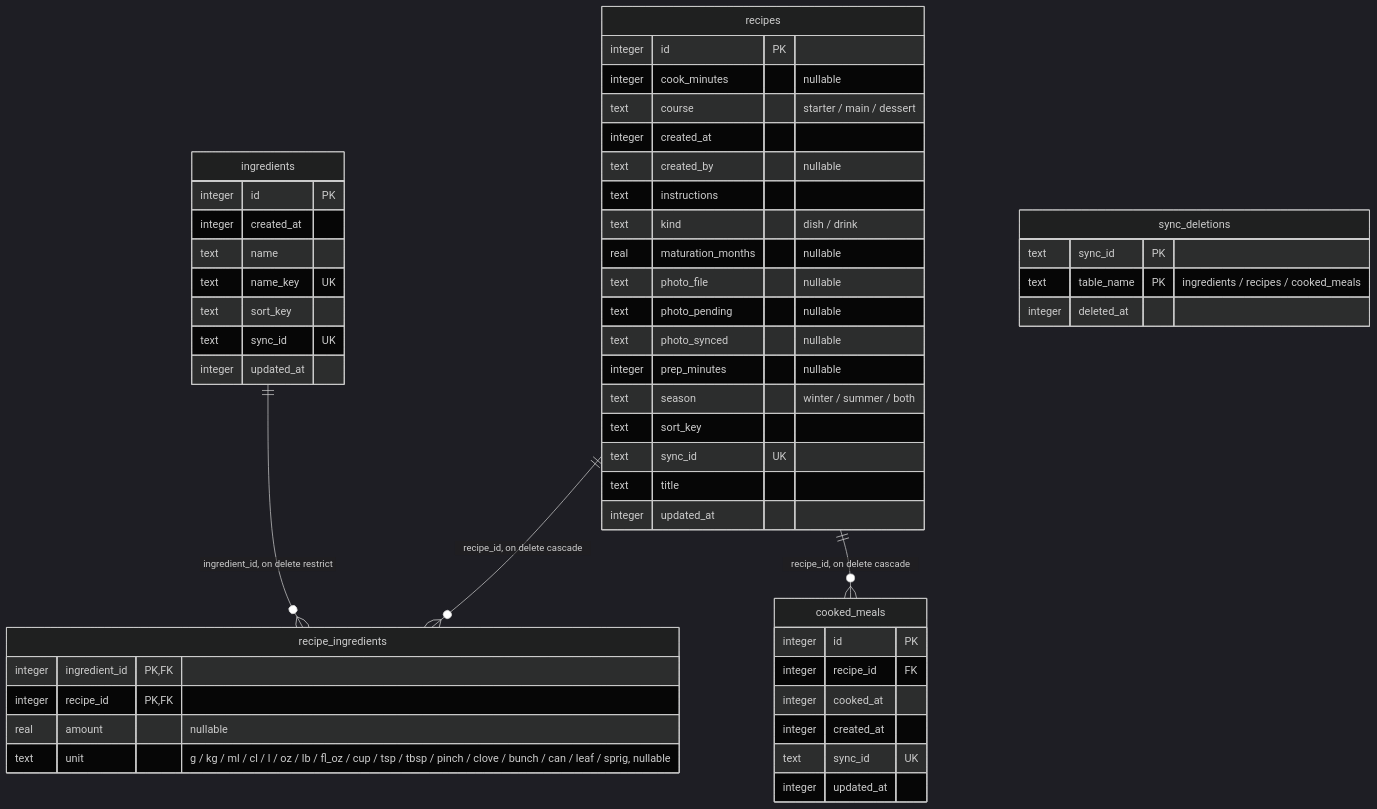
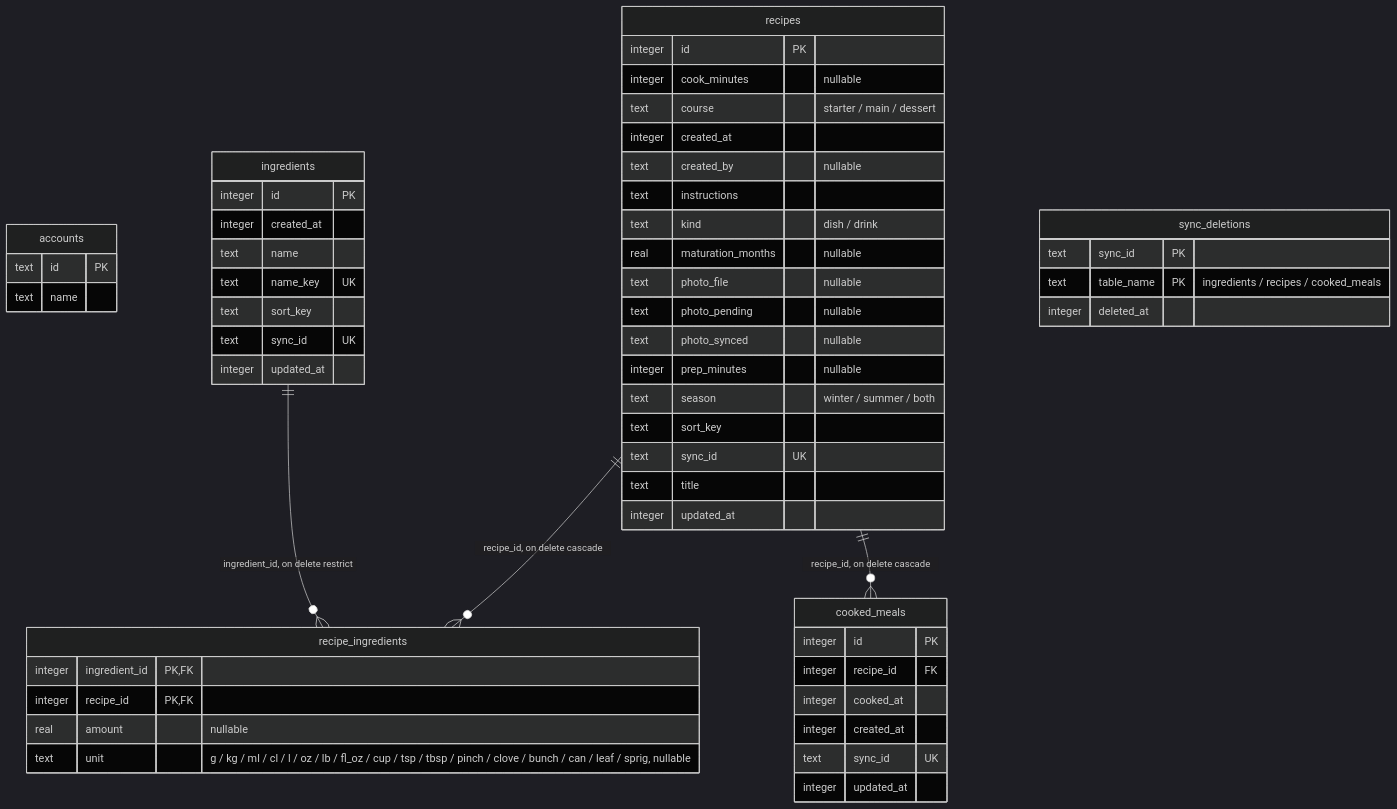
One commit to someoneinthe/dishes-cook changed the diagram in docs/database.md. Above: the diagram before and after it, drawn with Mermaid (dark theme). The commit also changed 25 other files, not shown here.

````diff
--- a/docs/database.md
+++ b/docs/database.md
@@ -10,53 +10,57 @@
 ```mermaid
 erDiagram
+  accounts {
+    text id PK
+    text name
+  }
   cooked_meals {
     integer id PK
     integer recipe_id FK
     integer cooked_at
     integer created_at
     text sync_id UK
     integer updated_at
   }
   ingredients {
     integer id PK
     integer created_at
     text name
     text name_key UK
     text sort_key
     text sync_id UK
     integer updated_at
   }
   recipe_ingredients {
     integer ingredient_id PK, FK
     integer recipe_id PK, FK
     real amount "nullable"
     text unit "g / kg / ml / cl / l / oz / lb / fl_oz / cup / tsp / tbsp / pinch / clove / bunch / can / leaf / sprig, nullable"
   }
   recipes {
     integer id PK
     integer cook_minutes "nullable"
     text course "starter / main / dessert"
     integer created_at
     text created_by "nullable"
     text instructions
     text kind "dish / drink"
     real maturation_months "nullable"
     text photo_file "nullable"
     text photo_pending "nullable"
     text photo_synced "nullable"
     integer prep_minutes "nullable"
     text season "winter / summer / both"
     text sort_key
     text sync_id UK
     text title
     integer updated_at
   }
   sync_deletions {
     text sync_id PK
     text table_name PK "ingredients / recipes / cooked_meals"
     integer deleted_at
   }
   recipes ||--o{ cooked_meals : "recipe_id, on delete cascade"
   ingredients ||--o{ recipe_ingredients : "ingredient_id, on delete restrict"
   recipes ||--o{ recipe_ingredients : "recipe_id, on delete cascade"
 ```
````
